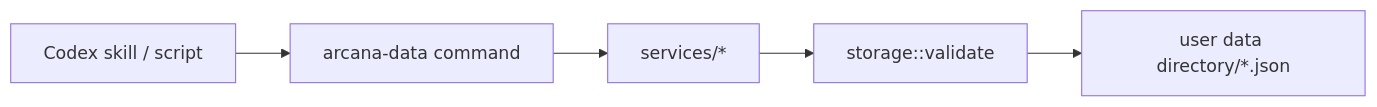
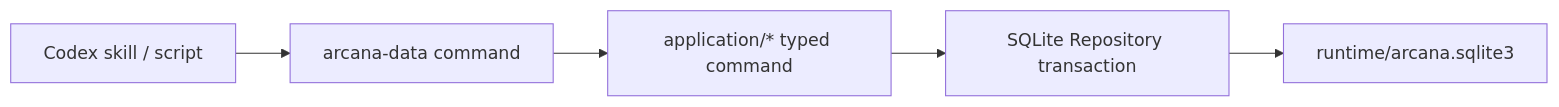
One commit to FollyCoolly/Arcana changed the fourth of 4 diagrams in docs/architecture.md. Above: the diagram before and after it, drawn with Mermaid. The commit also changed other lines of this file and 15 other files, not shown here.

Commit message:
feat(cli): replace legacy JSON commands with SQLite contract

````diff
--- a/docs/architecture.md
+++ b/docs/architecture.md
@@ -385,7 +391,7 @@
 ```mermaid
 flowchart LR
     Skill["Codex skill / script"] --> CLI["arcana-data command"]
-    CLI --> Services["services/*"]
-    Services --> Validate["storage::validate"]
-    Validate --> JSON["user data directory/*.json"]
+    CLI --> Application["application/* typed command"]
+    Application --> Repository["SQLite Repository transaction"]
+    Repository --> SQLite["runtime/arcana.sqlite3"]
 ```
````
